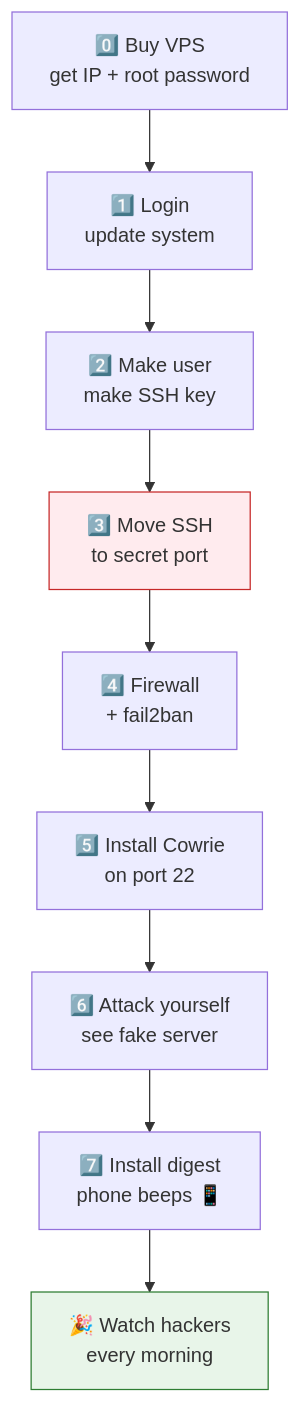
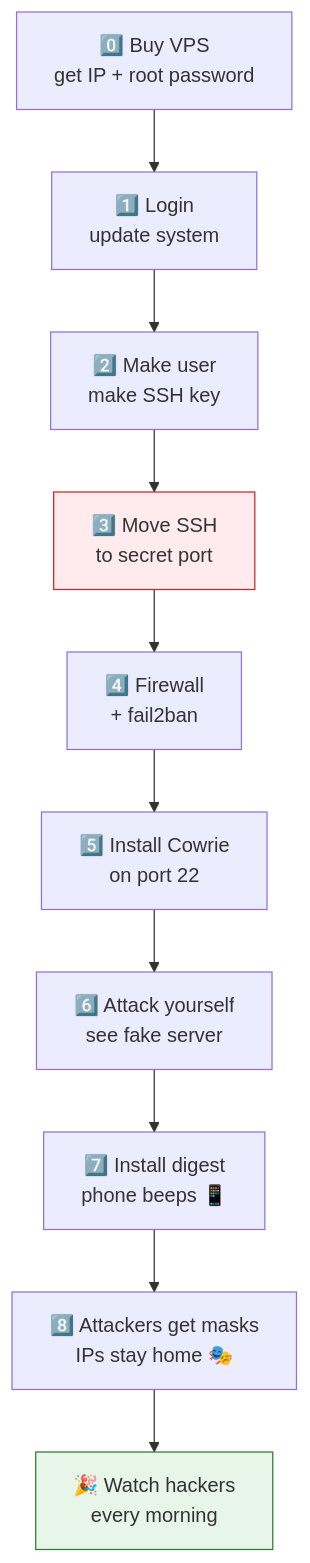
One commit to W0nIE/cowrie-digest changed the second of 2 diagrams in docs/HONEYPOT-GUIDE.md. Above: the diagram before and after it, drawn with Mermaid. The commit also changed other lines of this file, not shown here.

````diff
--- a/docs/HONEYPOT-GUIDE.md
+++ b/docs/HONEYPOT-GUIDE.md
@@ -57,14 +57,15 @@
 ```mermaid
 flowchart TD
     A["0️⃣ Buy VPS<br/>get IP + root password"] --> B["1️⃣ Login<br/>update system"]
     B --> C["2️⃣ Make user<br/>make SSH key"]
     C --> D["3️⃣ Move SSH<br/>to secret port"]
     D --> E["4️⃣ Firewall<br/>+ fail2ban"]
     E --> F["5️⃣ Install Cowrie<br/>on port 22"]
     F --> G["6️⃣ Attack yourself<br/>see fake server"]
     G --> H["7️⃣ Install digest<br/>phone beeps 📱"]
-    H --> I["🎉 Watch hackers<br/>every morning"]
+    H --> J["8️⃣ Attackers get masks<br/>IPs stay home 🎭"]
+    J --> I["🎉 Watch hackers<br/>every morning"]
 
     style D fill:#ffebee,stroke:#c62828
     style I fill:#e8f5e9,stroke:#2e7d32
 ```
````
